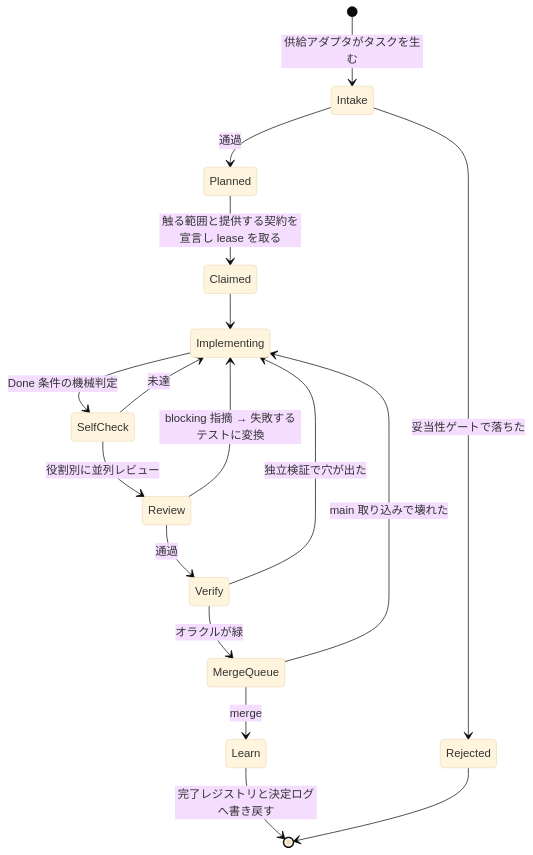
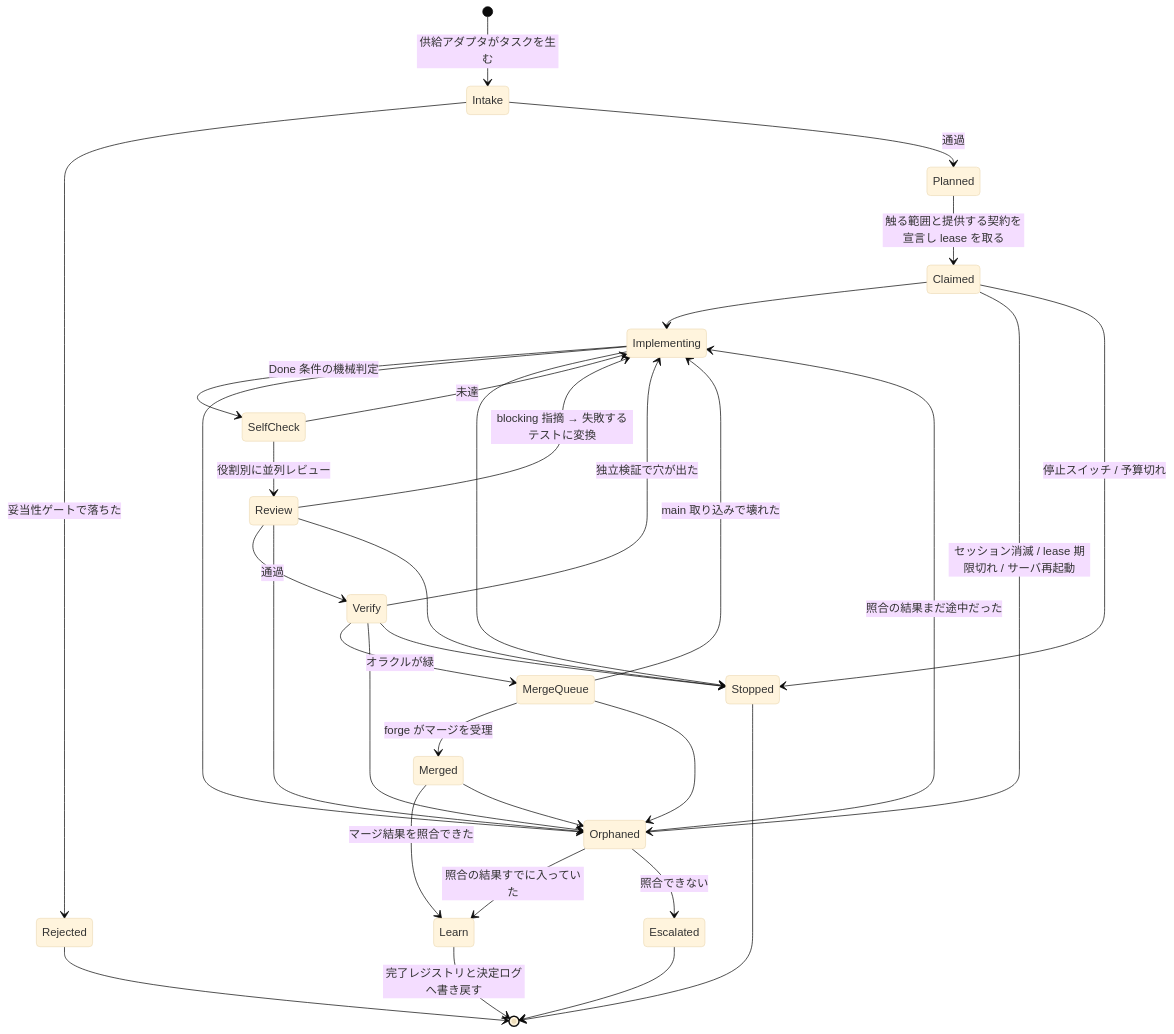
Before and after one commit to highfar-projects/mulmoterminal: the first of 2 diagrams in future/autonomous-delivery-pipeline.md, drawn with Mermaid (base theme). The commit also changed other lines of this file and 1 other file, not shown here.

First line of the commit message:
fix: address CR/Codex review iter-1

````diff
--- a/future/autonomous-delivery-pipeline.md
+++ b/future/autonomous-delivery-pipeline.md
@@ -30,19 +30,36 @@
 ```mermaid
 stateDiagram-v2
     [*] --> Intake: 供給アダプタがタスクを生む
     Intake --> Rejected: 妥当性ゲートで落ちた
     Intake --> Planned: 通過
     Planned --> Claimed: 触る範囲と提供する契約を宣言し lease を取る
     Claimed --> Implementing
     Implementing --> SelfCheck: Done 条件の機械判定
     SelfCheck --> Implementing: 未達
     SelfCheck --> Review: 役割別に並列レビュー
     Review --> Implementing: blocking 指摘 → 失敗するテストに変換
     Review --> Verify: 通過
     Verify --> Implementing: 独立検証で穴が出た
     Verify --> MergeQueue: オラクルが緑
     MergeQueue --> Implementing: main 取り込みで壊れた
-    MergeQueue --> Learn: merge
+    MergeQueue --> Merged: forge がマージを受理
+    Merged --> Learn: マージ結果を照合できた
     Learn --> [*]: 完了レジストリと決定ログへ書き戻す
     Rejected --> [*]
+
+    Claimed --> Orphaned: セッション消滅 / lease 期限切れ / サーバ再起動
+    Implementing --> Orphaned
+    Review --> Orphaned
+    Verify --> Orphaned
+    MergeQueue --> Orphaned
+    Merged --> Orphaned
+    Orphaned --> Implementing: 照合の結果まだ途中だった
+    Orphaned --> Learn: 照合の結果すでに入っていた
+    Orphaned --> Escalated: 照合できない
+    Claimed --> Stopped: 停止スイッチ / 予算切れ
+    Implementing --> Stopped
+    Review --> Stopped
+    Verify --> Stopped
+    Escalated --> [*]
+    Stopped --> [*]
 ```
````
